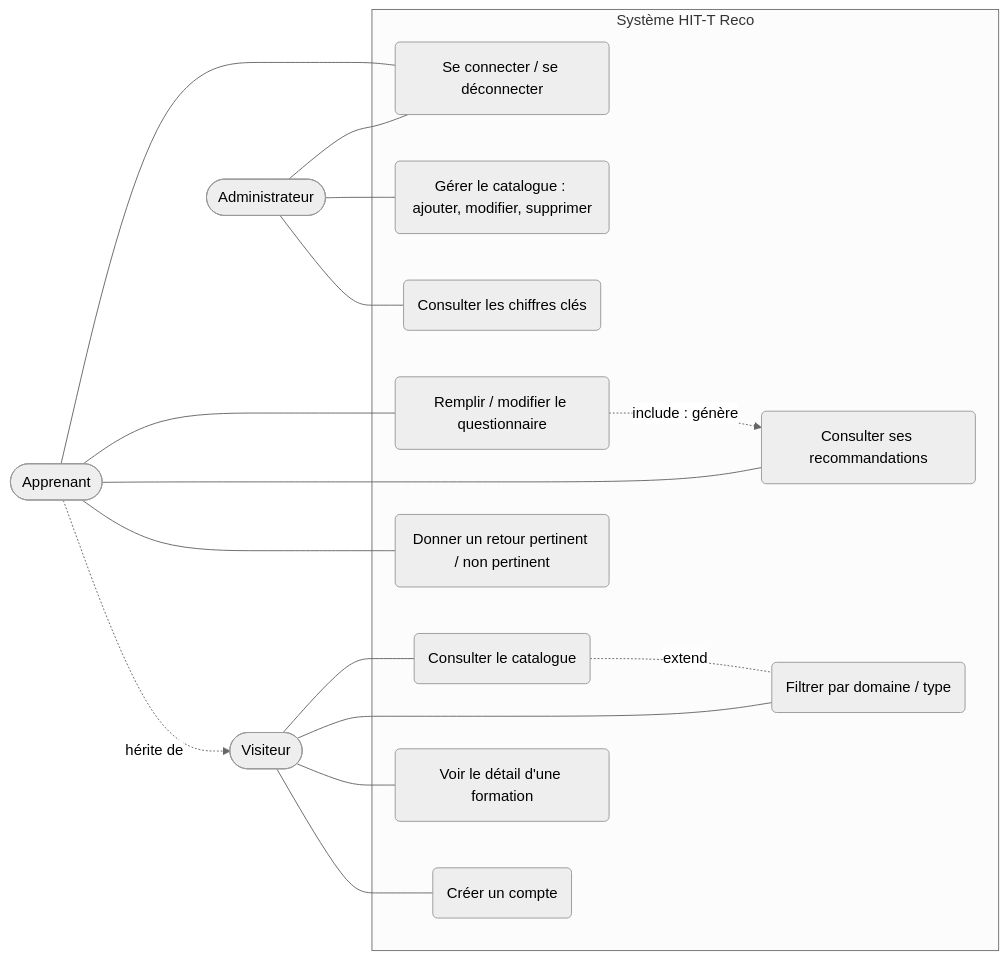
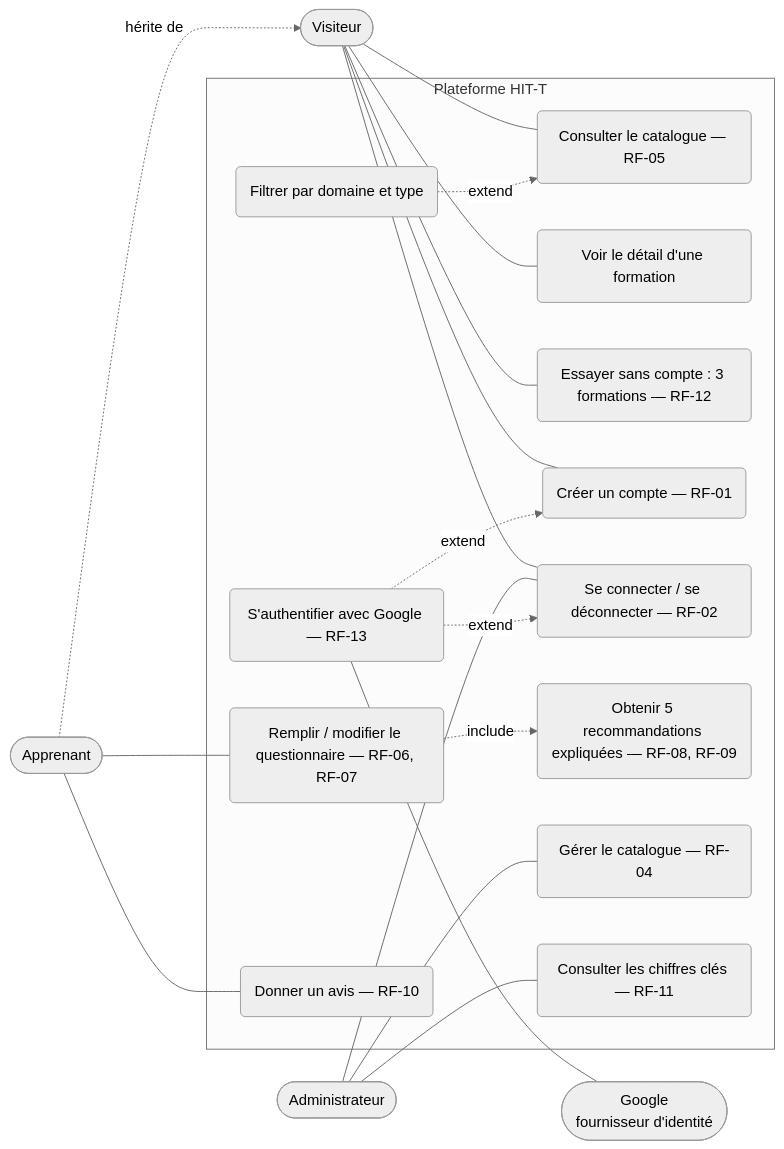
The first of 8 diagrams in docs/uml.md (martial-300/plateforme-formations-hitt), drawn with Mermaid (neutral theme) before and after one commit. The commit also changed other lines of this file and 10 other files, not shown here.

First line of the commit message:
docs(uml): 8 diagrammes UML à jour, Mermaid et sources PlantUML (RF-01 à RF-13)

````diff
--- a/docs/uml.md
+++ b/docs/uml.md
@@ -7,26 +29,32 @@
 ```mermaid
 flowchart LR
     V([Visiteur])
     A([Apprenant])
     AD([Administrateur])
+    G([Google<br/>fournisseur d'identité])
 
-    subgraph Système HIT-T Reco
-        UC1(Consulter le catalogue)
-        UC2(Filtrer par domaine / type)
+    subgraph Plateforme HIT-T
+        UC1(Consulter le catalogue — RF-05)
+        UC2(Filtrer par domaine et type)
         UC3(Voir le détail d'une formation)
-        UC4(Créer un compte)
-        UC5(Se connecter / se déconnecter)
-        UC6(Remplir / modifier le questionnaire)
-        UC7(Consulter ses recommandations)
-        UC8(Donner un retour pertinent / non pertinent)
-        UC9(Gérer le catalogue : ajouter, modifier, supprimer)
-        UC10(Consulter les chiffres clés)
+        UC4(Essayer sans compte : 3 formations — RF-12)
+        UC5(Créer un compte — RF-01)
+        UC6(S'authentifier avec Google — RF-13)
+        UC7(Se connecter / se déconnecter — RF-02)
+        UC8(Remplir / modifier le questionnaire — RF-06, RF-07)
+        UC9(Obtenir 5 recommandations expliquées — RF-08, RF-09)
+        UC10(Donner un avis — RF-10)
+        UC11(Gérer le catalogue — RF-04)
+        UC12(Consulter les chiffres clés — RF-11)
     end
 
-    V --- UC1 & UC2 & UC3 & UC4
-    A --- UC5 & UC6 & UC7 & UC8
-    AD --- UC5 & UC9 & UC10
+    V --- UC1 & UC3 & UC4 & UC5 & UC7
+    A --- UC8 & UC10
+    AD --- UC7 & UC11 & UC12
     A -. hérite de .-> V
-    UC1 -. extend .- UC2
-    UC6 -. include : génère .-> UC7
+    UC2 -. extend .-> UC1
+    UC6 -. extend .-> UC5
+    UC6 -. extend .-> UC7
+    UC8 -. include .-> UC9
+    UC6 --- G
 ```
````
